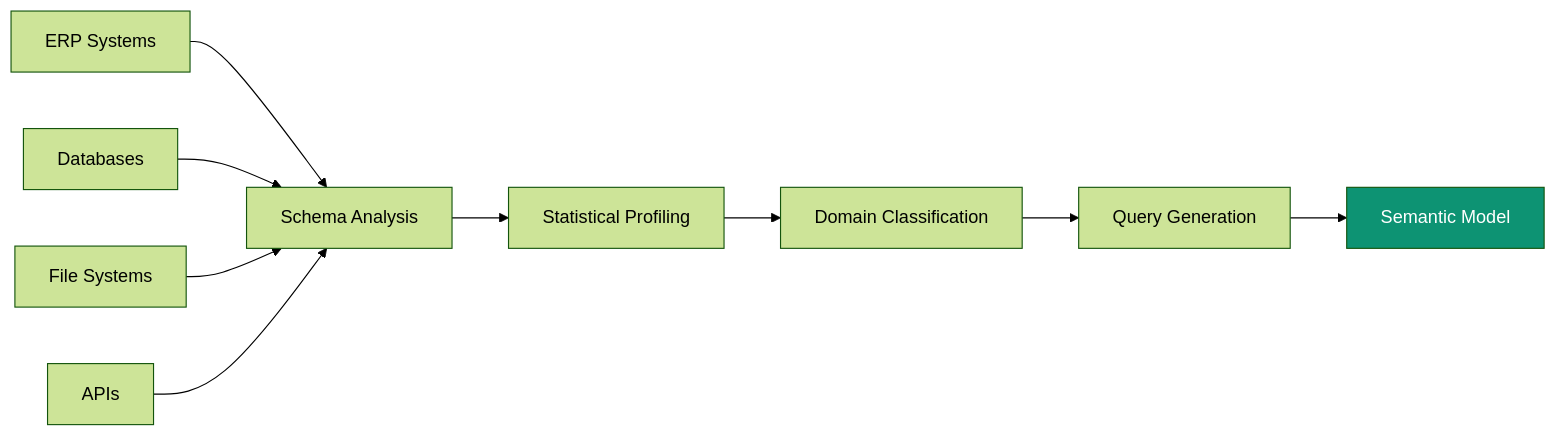
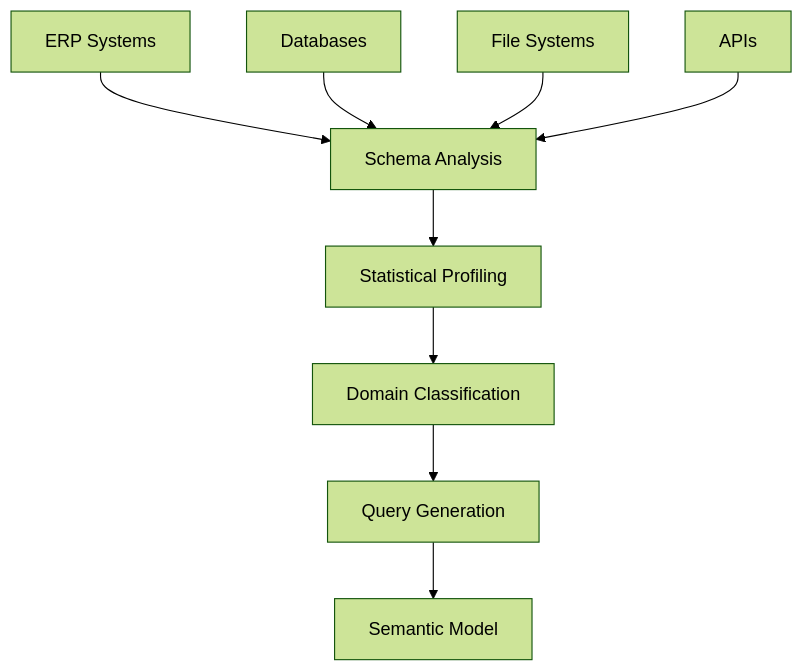
Before and after one commit to ashishsuperatom/tech-docs: the second of 9 diagrams in introduction/problems.mdx, drawn with Mermaid (forest theme). The commit also changed other lines of this file and 37 other files, not shown here.

First line of the commit message:
Clean up docs: remove em-dashes, fix mermaid diagrams, remove emojis

````diff
--- a/introduction/problems.mdx
+++ b/introduction/problems.mdx
@@ -56,8 +53,7 @@
 ```mermaid
-flowchart LR
+flowchart TD
     S1[ERP Systems] & S2[Databases] & S3[File Systems] & S4[APIs] --> A1
 
     A1["Schema Analysis"] --> A2["Statistical Profiling"] --> A3["Domain Classification"] --> A4["Query Generation"] --> O1["Semantic Model"]
 
-    style O1 fill:#0D9373,color:#fff
 ```
````
